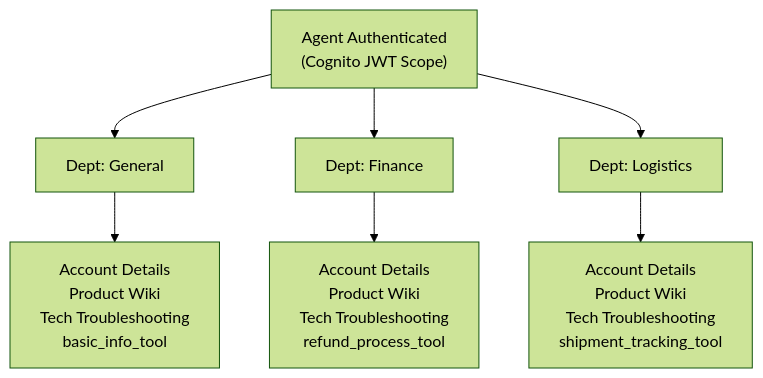
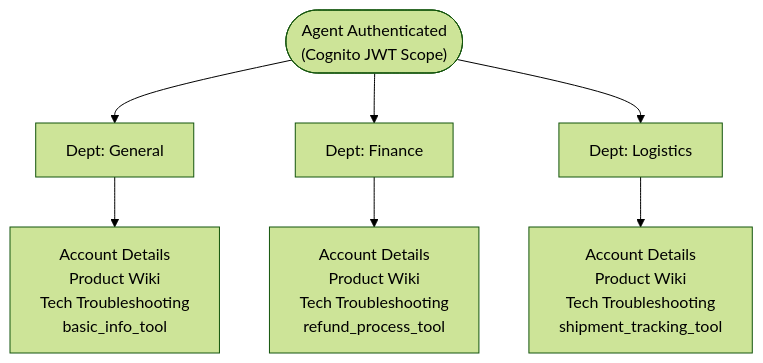
Before and after one commit to jonathanmark/jts: the third of 4 diagrams in docs/requirements-and-architecture.md, drawn with Mermaid (forest theme). The commit also changed other lines of this file and 5 other files, not shown here.

Commit message:
Polish diagrams: switchable views via tabs, flowing-edge animation, uniform node sizing, UML shape language, muted palette for all diagram types

````diff
--- a/docs/requirements-and-architecture.md
+++ b/docs/requirements-and-architecture.md
@@ -82,11 +82,11 @@
 ```mermaid
 flowchart TD
-    AUTH["Agent Authenticated<br/>(Cognito JWT Scope)"]
+    AUTH(["Agent Authenticated<br/>(Cognito JWT Scope)"])
     AUTH --> G["Dept: General"]
     AUTH --> F["Dept: Finance"]
     AUTH --> L["Dept: Logistics"]
 
     G --> GP["Account Details<br/>Product Wiki<br/>Tech Troubleshooting<br/>basic_info_tool"]
     F --> FP["Account Details<br/>Product Wiki<br/>Tech Troubleshooting<br/>refund_process_tool"]
     L --> LP["Account Details<br/>Product Wiki<br/>Tech Troubleshooting<br/>shipment_tracking_tool"]
 ```
````
